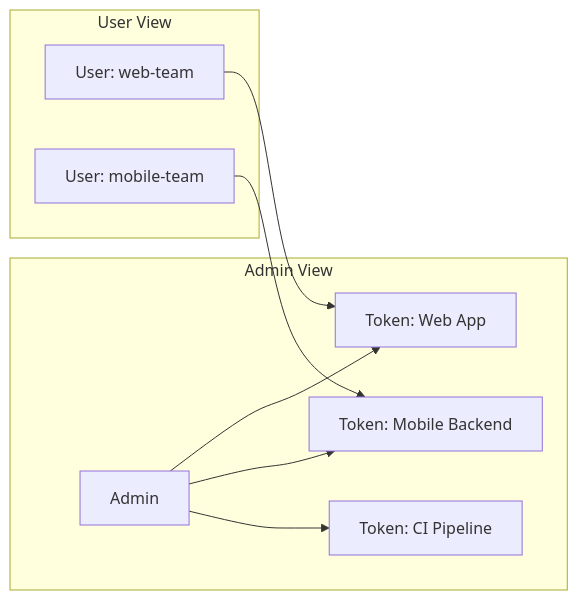
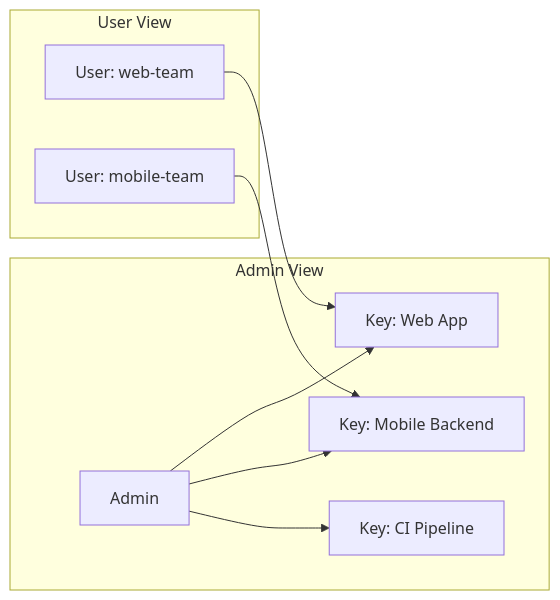
One commit to XUranus/notify-hub changed the diagram in docs/docs/tokens.md. Above: the diagram before and after it, drawn with Mermaid. The commit also changed other lines of this file and 51 other files, not shown here.

````diff
--- a/docs/docs/tokens.md
+++ b/docs/docs/tokens.md
@@ -140,12 +140,12 @@
 ```mermaid
 graph LR
     subgraph Admin View
-        A[Admin] --> T1[Token: Web App]
-        A --> T2[Token: Mobile Backend]
-        A --> T3[Token: CI Pipeline]
+        A[Admin] --> T1[Key: Web App]
+        A --> T2[Key: Mobile Backend]
+        A --> T3[Key: CI Pipeline]
     end
     subgraph User View
         U1[User: web-team] --> T1
         U2[User: mobile-team] --> T2
     end
 ```
````
